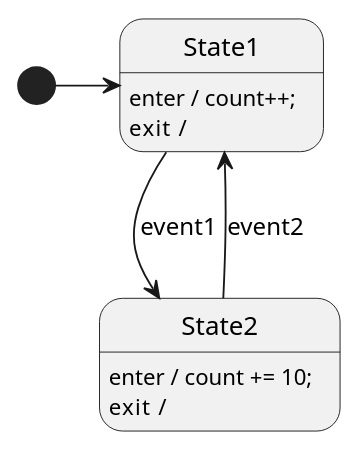
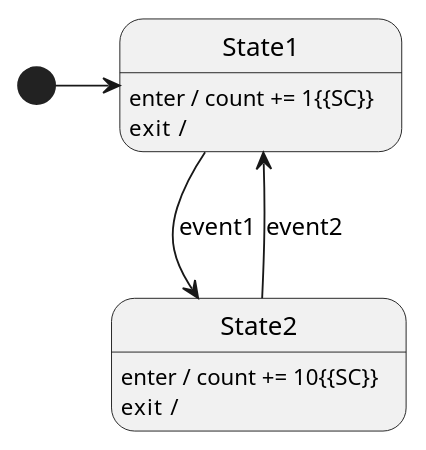
One commit to StateSmith/StateSmith changed the diagram in src/StateSmith.Cli/Create/Templates/plantuml-minimal-1/diagram.plantuml. Above: the diagram before and after it, drawn with PlantUML. The commit also changed 10 other files, not shown here.

```diff
--- a/src/StateSmith.Cli/Create/Templates/plantuml-minimal-1/diagram.plantuml
+++ b/src/StateSmith.Cli/Create/Templates/plantuml-minimal-1/diagram.plantuml
@@ -1,35 +1,35 @@
 @startuml {{smName}}
 
 ' //////////////////////// STATE ORGANIZATION ///////////////////////
 ' Note: StateSmith treats state names and events as case insensitive.
 ' More info: https://github.com/StateSmith/StateSmith/wiki/PlantUML
 
 state State1
 state State2
 
 
 ' ///////////////////////// STATE HANDLERS /////////////////////////
 ' Syntax: https://github.com/StateSmith/StateSmith/wiki/Behaviors
 
 [*] -> State1
 
 ' State1
-State1: enter / count++;
+State1: enter / count += 1{{SC}}
 State1: exit  / 
 State1 --> State2 : event1
 
 ' State2
-State2: enter / count += 10;
+State2: enter / count += 10{{SC}}
 State2: exit  / 
 State2 --> State1 : event2
 
 
 ' //////////////////////// StateSmith config ////////////////////////
 ' The below special comment block sets the StateSmith configuration.
 ' More info: https://github.com/StateSmith/StateSmith/issues/335
 
 /'! $CONFIG : toml
 
 {{configToml}}
 '/
 @enduml
```
